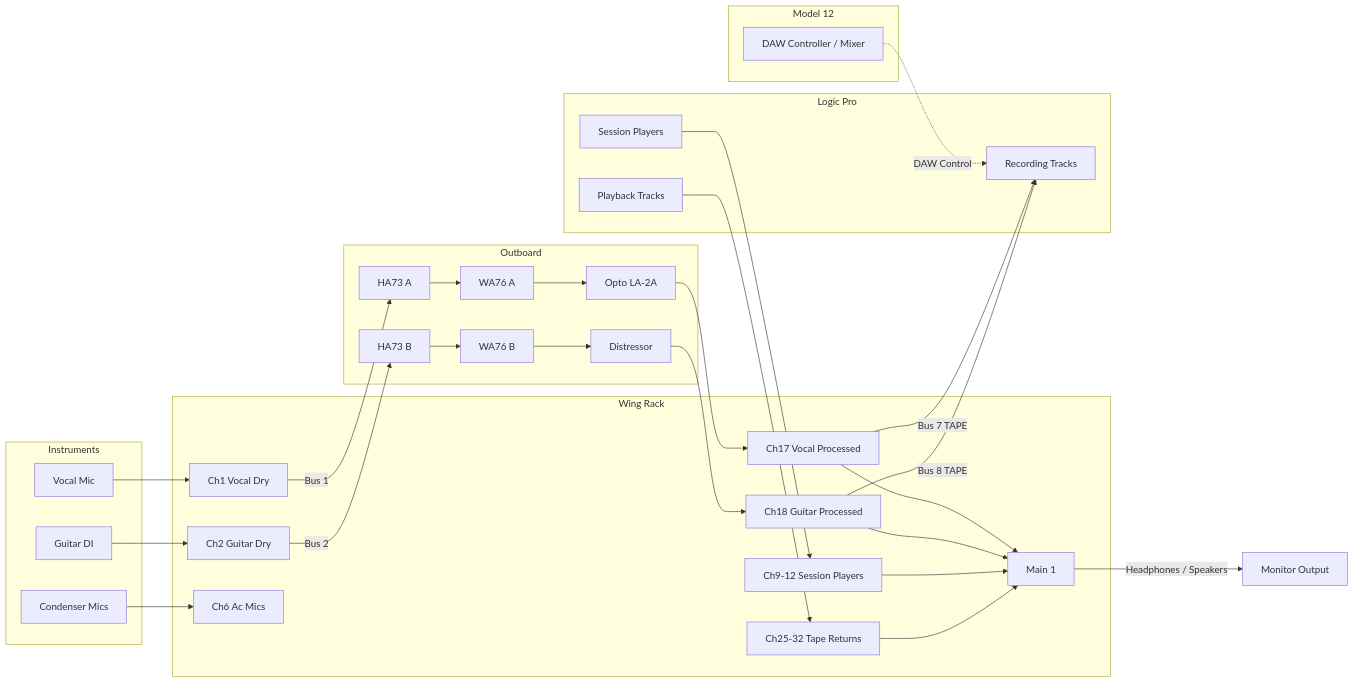
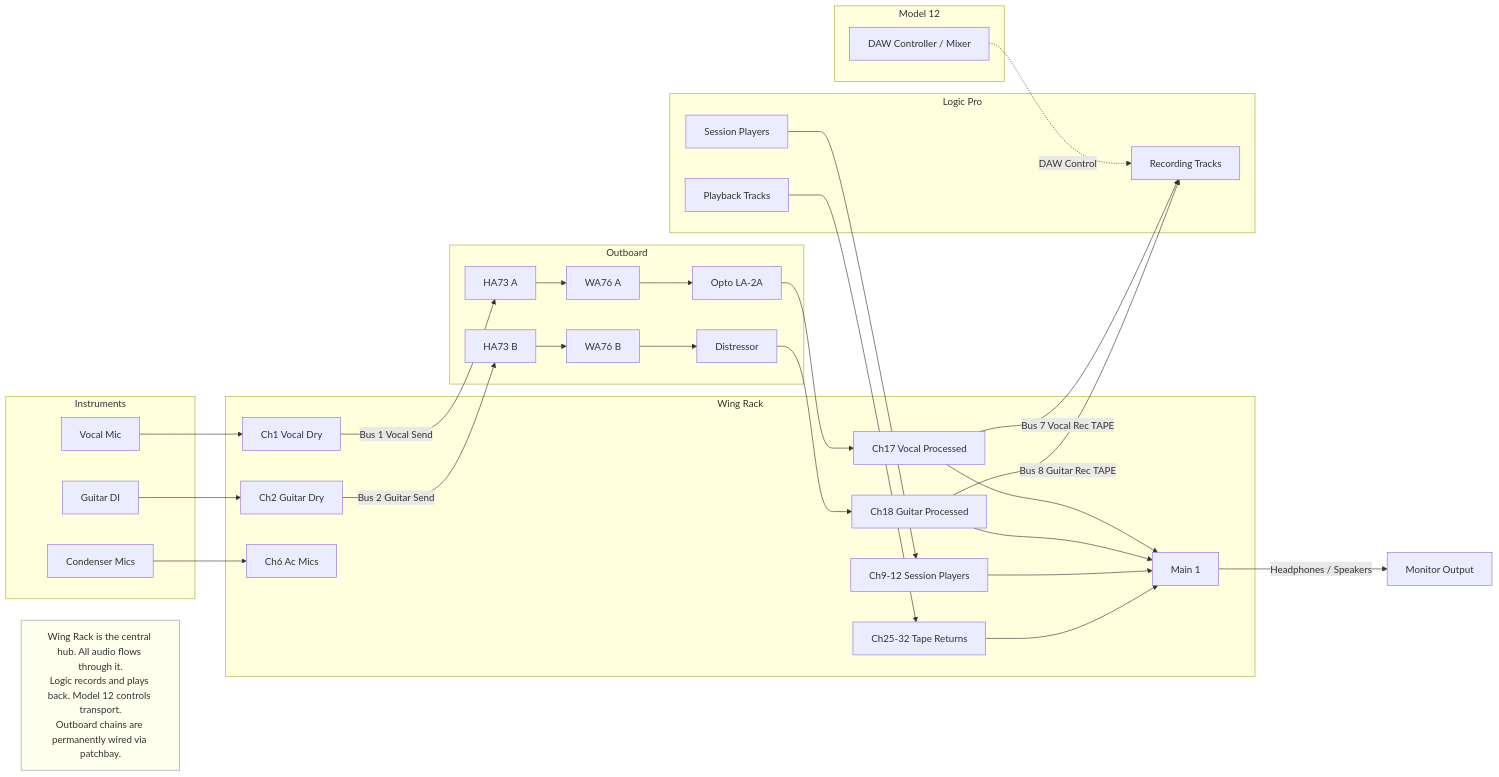
The first of 19 diagrams in docs/diagrams.md (ldenman/studio-setup), drawn with Mermaid before and after one commit. The commit also changed other lines of this file, not shown here.

First line of the commit message:
Add names to all bus/channel references, summary notes on every diagram

````diff
--- a/docs/diagrams.md
+++ b/docs/diagrams.md
@@ -9,59 +9,63 @@
 ```mermaid
 graph LR
     subgraph Instruments
         MIC[Vocal Mic]
         DI[Guitar DI]
         COND[Condenser Mics]
     end
 
     subgraph Wing Rack
         CH1[Ch1 Vocal Dry]
         CH2[Ch2 Guitar Dry]
         CH6[Ch6 Ac Mics]
         CH17[Ch17 Vocal Processed]
         CH18[Ch18 Guitar Processed]
         CH9[Ch9-12 Session Players]
         CH25[Ch25-32 Tape Returns]
         MAIN[Main 1]
     end
 
     subgraph Outboard
         HA73A[HA73 A]
         WA76A[WA76 A]
         OPTO[Opto LA-2A]
         HA73B[HA73 B]
         WA76B[WA76 B]
         DIST[Distressor]
     end
 
     subgraph Logic Pro
         REC[Recording Tracks]
         SP[Session Players]
         PLAY[Playback Tracks]
     end
 
     subgraph Model 12
         M12[DAW Controller / Mixer]
     end
 
     MIC --> CH1
     DI --> CH2
     COND --> CH6
 
-    CH1 -->|Bus 1| HA73A --> WA76A --> OPTO --> CH17
-    CH2 -->|Bus 2| HA73B --> WA76B --> DIST --> CH18
+    CH1 -->|Bus 1 Vocal Send| HA73A --> WA76A --> OPTO --> CH17
+    CH2 -->|Bus 2 Guitar Send| HA73B --> WA76B --> DIST --> CH18
 
-    CH17 -->|Bus 7 TAPE| REC
-    CH18 -->|Bus 8 TAPE| REC
+    CH17 -->|Bus 7 Vocal Rec TAPE| REC
+    CH18 -->|Bus 8 Guitar Rec TAPE| REC
 
     SP --> CH9
     PLAY --> CH25
 
     CH17 --> MAIN
     CH18 --> MAIN
     CH9 --> MAIN
     CH25 --> MAIN
     MAIN -->|Headphones / Speakers| OUT[Monitor Output]
 
     M12 -.->|DAW Control| REC
+
+    NOTE[Wing Rack is the central hub. All audio flows through it.<br/>Logic records and plays back. Model 12 controls transport.<br/>Outboard chains are permanently wired via patchbay.]
+
+    style NOTE fill:#ffe,stroke:#999
 ```
````
